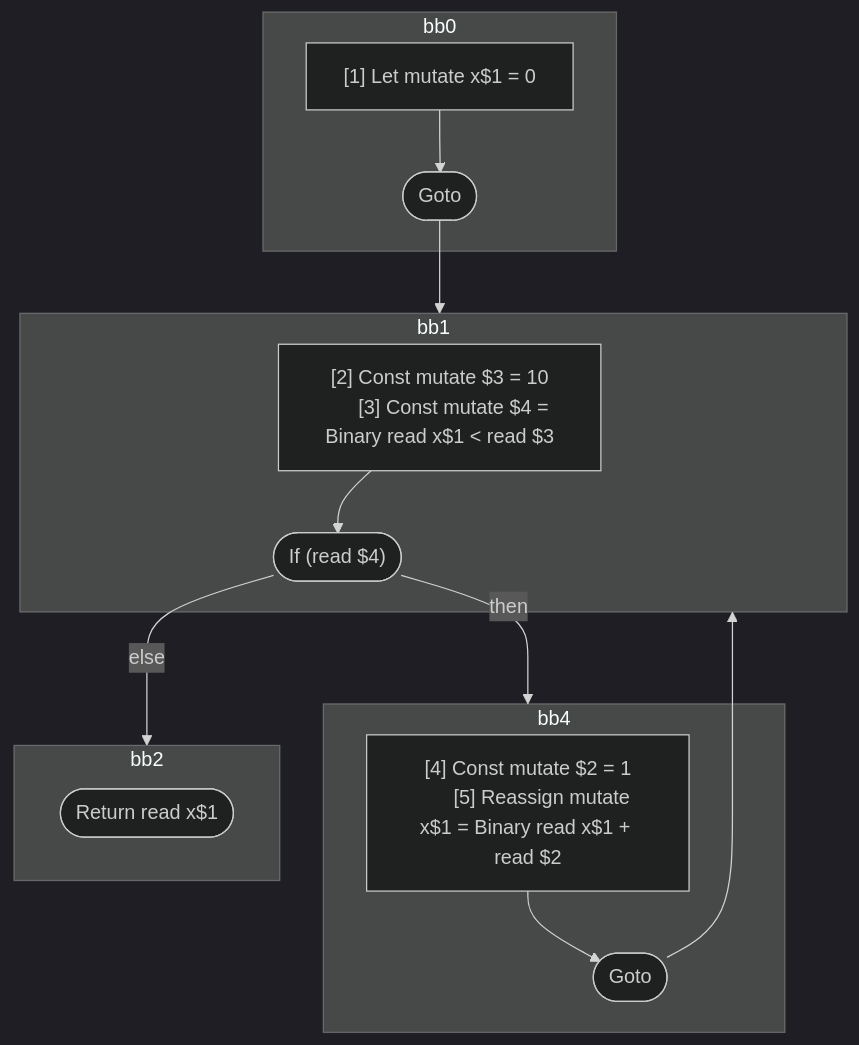
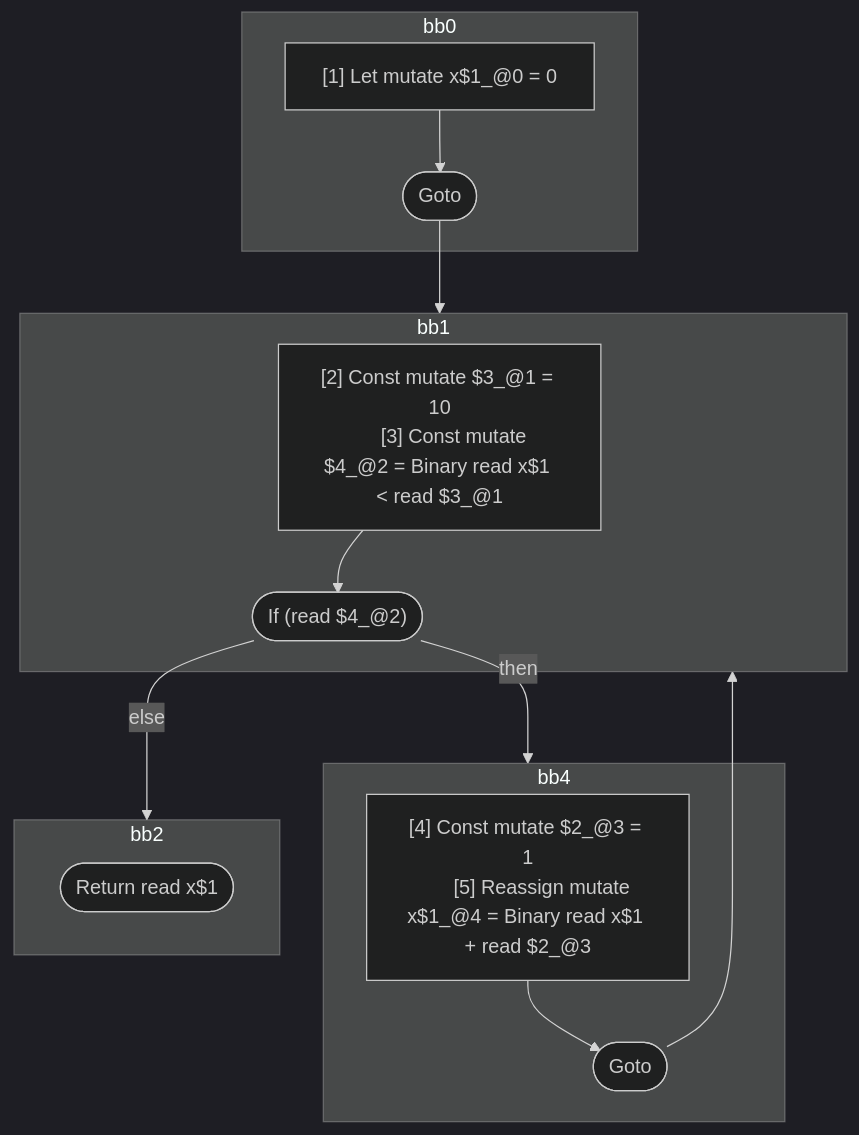
One commit to wutsmog/private changed the diagram in compiler/forget/src/__tests__/fixtures/hir/ssa-for.expect.md. Above: the diagram before and after it, drawn with Mermaid (dark theme). The commit also changed other lines of this file and 60 other files, not shown here.

````diff
--- a/compiler/forget/src/__tests__/fixtures/hir/ssa-for.expect.md
+++ b/compiler/forget/src/__tests__/fixtures/hir/ssa-for.expect.md
@@ -38,34 +38,34 @@
 ```mermaid
 flowchart TB
   %% Basic Blocks
   subgraph bb0
     bb0_instrs["
-      [1] Let mutate x$1 = 0
+      [1] Let mutate x$1_@0 = 0
     "]
     bb0_instrs --> bb0_terminal(["Goto"])
   end
   subgraph bb1
     bb1_instrs["
-      [2] Const mutate $3 = 10
-      [3] Const mutate $4 = Binary read x$1 < read $3
+      [2] Const mutate $3_@1 = 10
+      [3] Const mutate $4_@2 = Binary read x$1 < read $3_@1
     "]
-    bb1_instrs --> bb1_terminal(["If (read $4)"])
+    bb1_instrs --> bb1_terminal(["If (read $4_@2)"])
   end
   subgraph bb4
     bb4_instrs["
-      [4] Const mutate $2 = 1
-      [5] Reassign mutate x$1 = Binary read x$1 + read $2
+      [4] Const mutate $2_@3 = 1
+      [5] Reassign mutate x$1_@4 = Binary read x$1 + read $2_@3
     "]
     bb4_instrs --> bb4_terminal(["Goto"])
   end
   subgraph bb2
     bb2_terminal(["Return read x$1"])
   end
 
   %% Jumps
   bb0_terminal --> bb1
   bb1_terminal -- then --> bb4
   bb1_terminal -- else --> bb2
   bb4_terminal --> bb1
 
 ```
````
